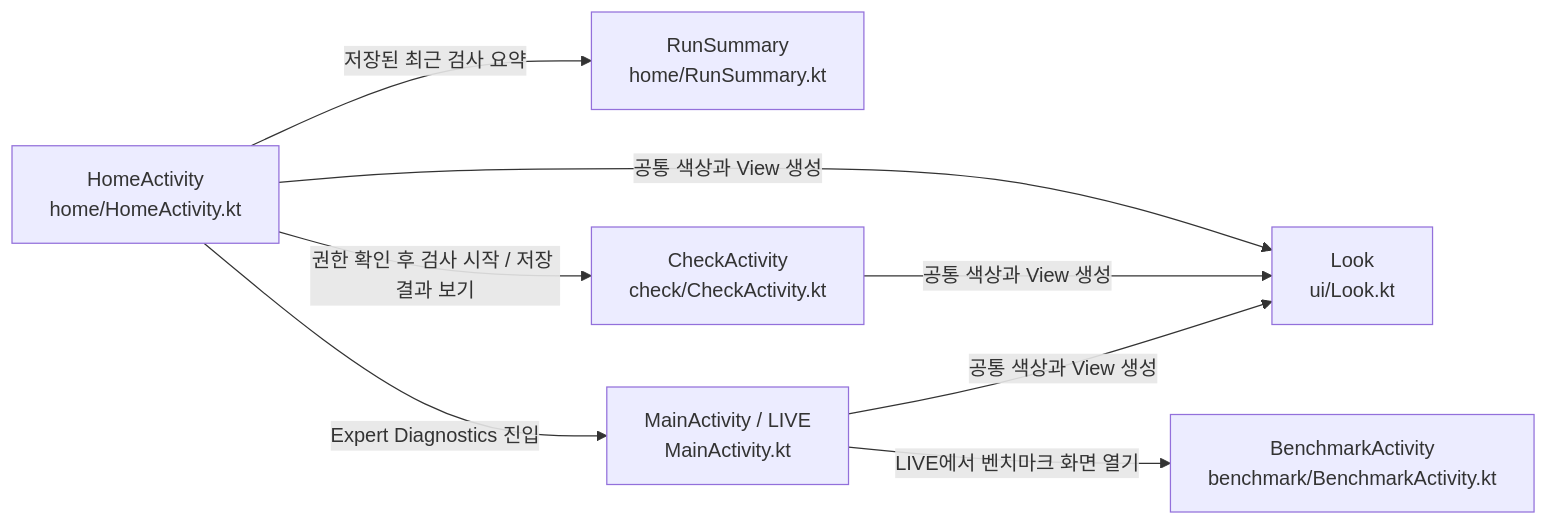
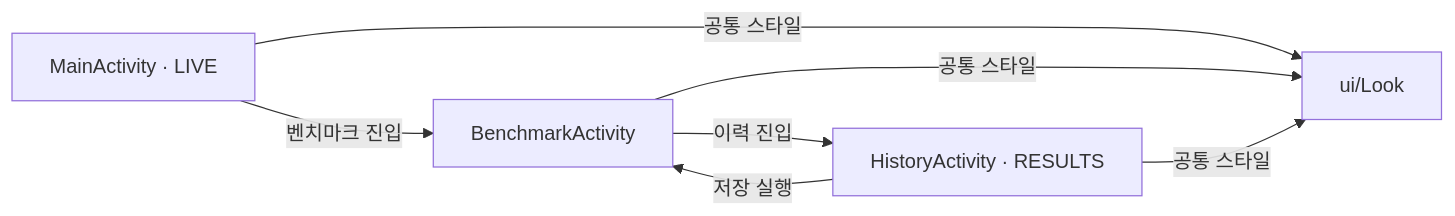
One commit to TTolsun/hal-camera changed the diagram in .omm/overall-architecture/screens/diagram.mmd. Above: the diagram before and after it, drawn with Mermaid. The commit also changed 70 other files, not shown here.

```diff
--- a/.omm/overall-architecture/screens/diagram.mmd
+++ b/.omm/overall-architecture/screens/diagram.mmd
@@ -1,14 +1,7 @@
 graph LR
-    home-screen["HomeActivity\nhome/HomeActivity.kt"]
-    run-summary["RunSummary\nhome/RunSummary.kt"]
-    check-screen["CheckActivity\ncheck/CheckActivity.kt"]
-    expert-screen["MainActivity / LIVE\nMainActivity.kt"]
-    benchmark-screen["BenchmarkActivity\nbenchmark/BenchmarkActivity.kt"]
-    look-tokens["Look\nui/Look.kt"]
-    home-screen -->|"저장된 최근 검사 요약"| run-summary
-    home-screen -->|"권한 확인 후 검사 시작 / 저장 결과 보기"| check-screen
-    home-screen -->|"Expert Diagnostics 진입"| expert-screen
-    expert-screen -->|"LIVE에서 벤치마크 화면 열기"| benchmark-screen
-    home-screen -->|"공통 색상과 View 생성"| look-tokens
-    check-screen -->|"공통 색상과 View 생성"| look-tokens
-    expert-screen -->|"공통 색상과 View 생성"| look-tokens
+    live["MainActivity · LIVE"] -->|"벤치마크 진입"| benchmark["BenchmarkActivity"]
+    benchmark -->|"이력 진입"| history["HistoryActivity · RESULTS"]
+    history -->|"저장 실행"| benchmark
+    live -->|"공통 스타일"| look["ui/Look"]
+    benchmark -->|"공통 스타일"| look
+    history -->|"공통 스타일"| look
```
